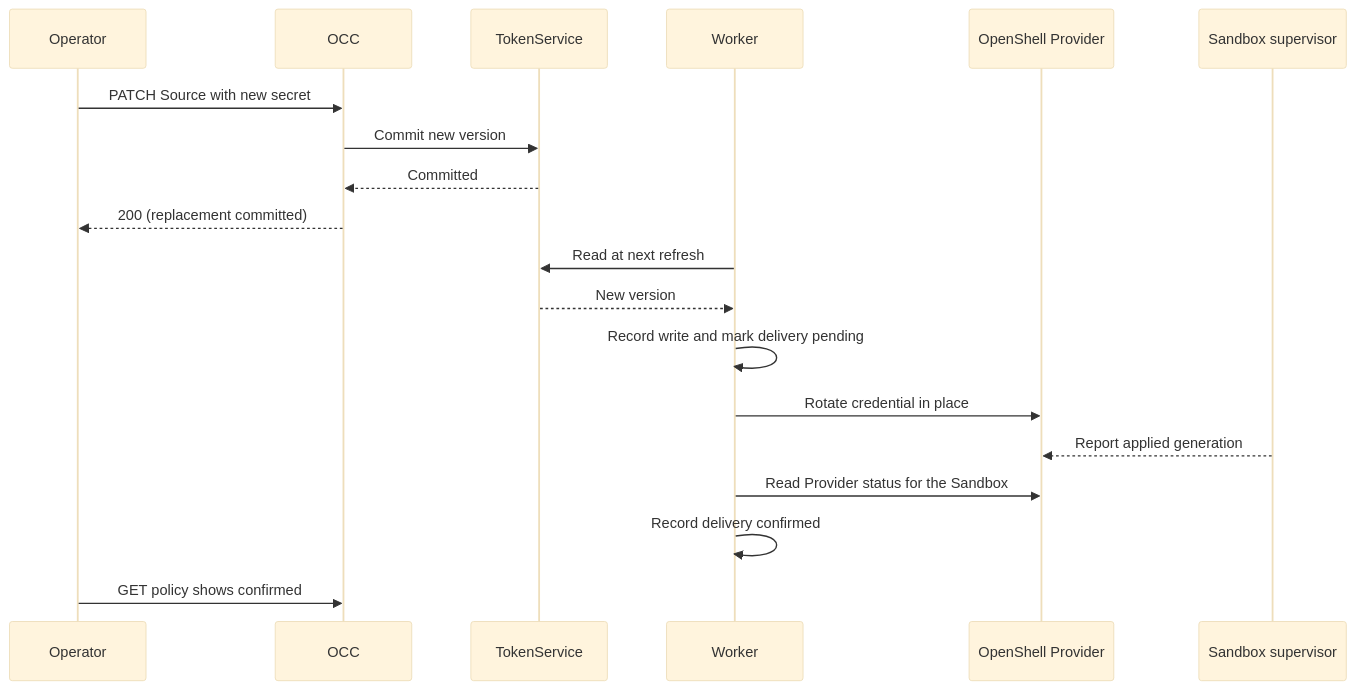
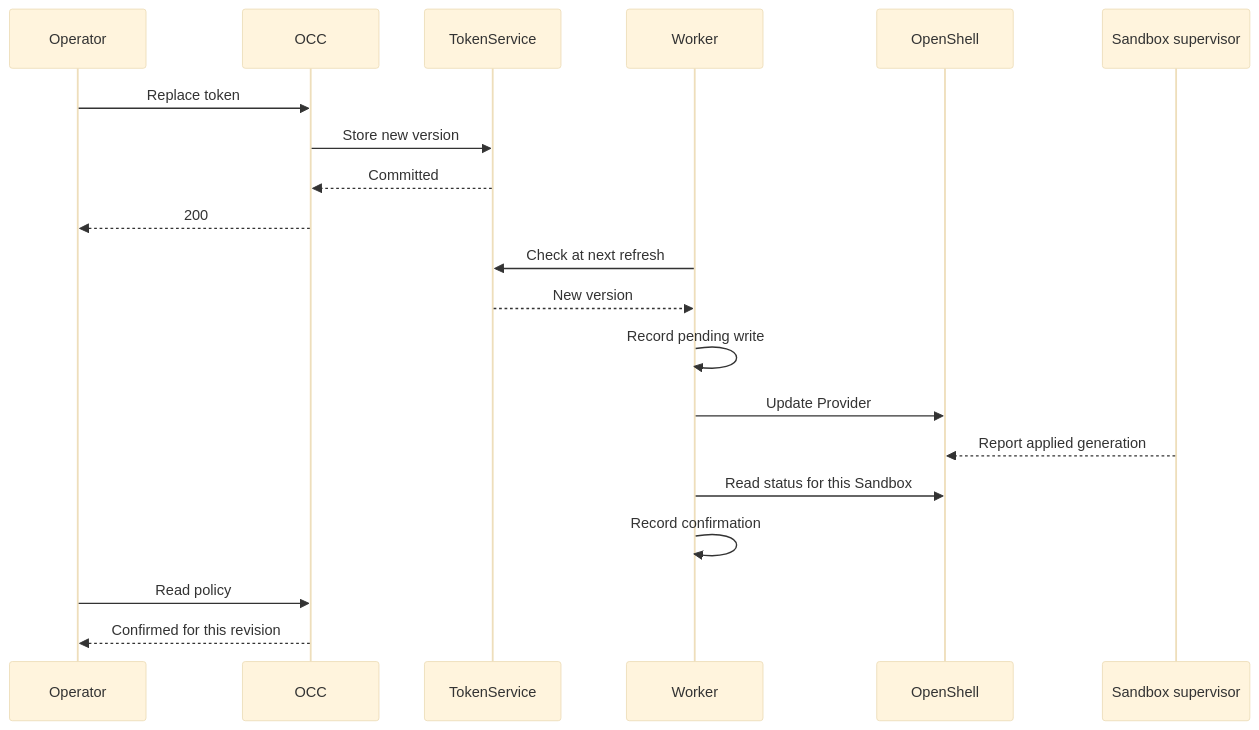
The diagram in specs/rfcs/20261123-repository-token-source/lifecycle.md (openclaw/openclaw-enterprise), drawn with Mermaid (base theme) before and after one commit. The commit also changed other lines of this file and 3 other files, not shown here.

````diff
--- a/specs/rfcs/20261123-repository-token-source/lifecycle.md
+++ b/specs/rfcs/20261123-repository-token-source/lifecycle.md
@@ -28,21 +49,22 @@
 ```mermaid
 sequenceDiagram
-  participant Op as Operator
-  participant OCC
-  participant TS as TokenService
+  participant O as Operator
+  participant C as OCC
+  participant T as TokenService
   participant W as Worker
-  participant P as OpenShell Provider
+  participant P as OpenShell
   participant S as Sandbox supervisor
-  Op->>OCC: PATCH Source with new secret
-  OCC->>TS: Commit new version
-  TS-->>OCC: Committed
-  OCC-->>Op: 200 (replacement committed)
-  W->>TS: Read at next refresh
-  TS-->>W: New version
-  W->>W: Record write and mark delivery pending
-  W->>P: Rotate credential in place
+  O->>C: Replace token
+  C->>T: Store new version
+  T-->>C: Committed
+  C-->>O: 200
+  W->>T: Check at next refresh
+  T-->>W: New version
+  W->>W: Record pending write
+  W->>P: Update Provider
   S-->>P: Report applied generation
-  W->>P: Read Provider status for the Sandbox
-  W->>W: Record delivery confirmed
-  Op->>OCC: GET policy shows confirmed
+  W->>P: Read status for this Sandbox
+  W->>W: Record confirmation
+  O->>C: Read policy
+  C-->>O: Confirmed for this revision
 ```
````
